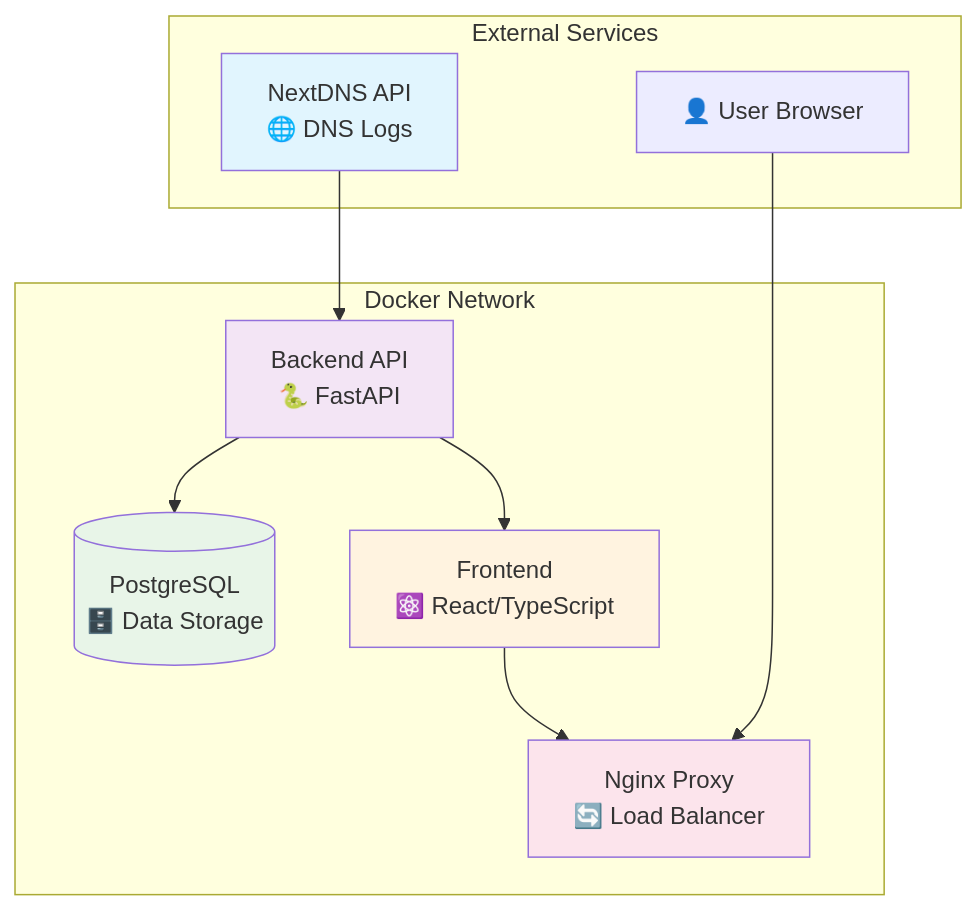
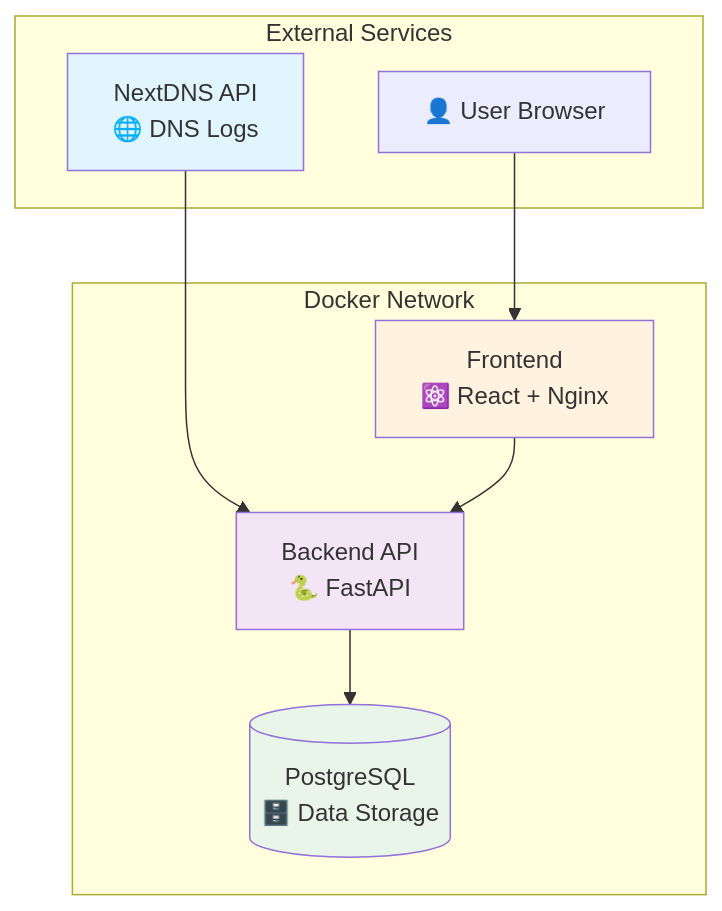
Before and after one commit to BondIT-ApS/NextDNS-Optimized-Analytics: the first of 11 diagrams in docs/02-architecture.md, drawn with Mermaid. The commit also changed other lines of this file, not shown here.

Commit message:
📝 Revise architecture documentation for clarity and accuracy, including updated service interactions and port configurations

````diff
--- a/docs/02-architecture.md
+++ b/docs/02-architecture.md
@@ -9,27 +9,24 @@
 ```mermaid
 graph TB
     NextDNS[NextDNS API<br/>🌐 DNS Logs] --> Backend[Backend API<br/>🐍 FastAPI]
     Backend --> Database[(PostgreSQL<br/>🗄️ Data Storage)]
-    Backend --> Frontend[Frontend<br/>⚛️ React/TypeScript]
-    Frontend --> Nginx[Nginx Proxy<br/>🔄 Load Balancer]
+    Frontend[Frontend<br/>⚛️ React + Nginx] --> Backend
     
     subgraph "Docker Network"
         Backend
         Database
         Frontend
-        Nginx
     end
     
     subgraph "External Services"
         NextDNS
         User[👤 User Browser]
     end
     
-    User --> Nginx
+    User --> Frontend
     
     style NextDNS fill:#e1f5fe
     style Backend fill:#f3e5f5
     style Database fill:#e8f5e8
     style Frontend fill:#fff3e0
-    style Nginx fill:#fce4ec
 ```
````
